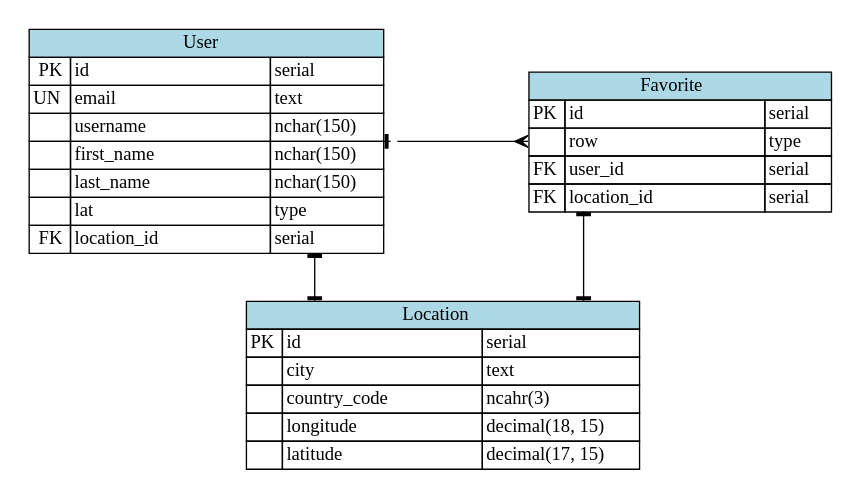
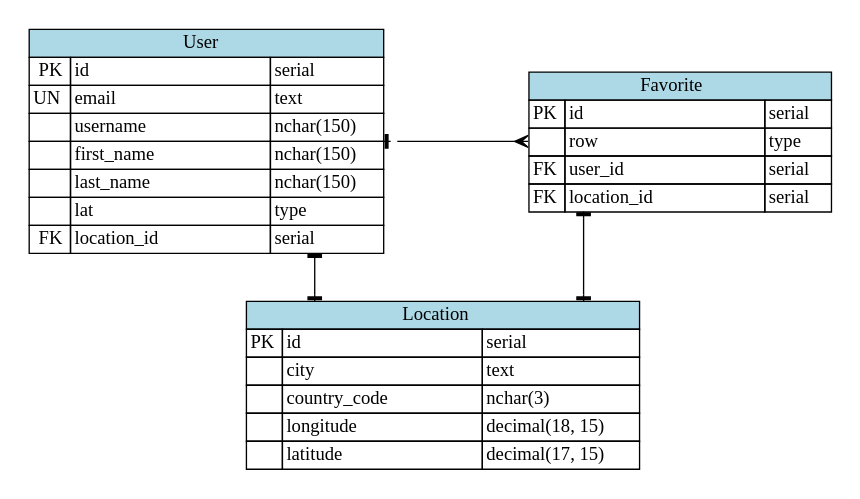
One commit to betterstack-community/horus changed the diagram in res/er.dot. Above: the diagram before and after it, drawn with Graphviz. The commit also changed 2 other files, not shown here.

Commit message:
Fix spelling error of nchar in ERD

```diff
--- a/res/er.dot
+++ b/res/er.dot
@@ -1,45 +1,45 @@
 digraph {
   graph [pad="0.2", nodesep="1.5", splines=ortho]
   node [shape=plain]
 
   User [label=<
   <table border="0" cellborder="1" cellspacing="0">
     <tr><td bgcolor="lightblue" colspan="3">User</td></tr>
     <tr><td align="right">PK</td><td align="left" width="150px">id</td><td align="left" width="50px">serial</td></tr>
     <tr><td align="right">UN</td><td align="left" width="150px">email</td><td align="left" width="50px">text</td></tr>
     <tr><td align="right"></td><td align="left" width="150px">username</td><td align="left" width="50px">nchar(150)</td></tr>
     <tr><td align="right"></td><td align="left" width="150px">first_name</td><td align="left" width="50px">nchar(150)</td></tr>
     <tr><td align="right"></td><td align="left" width="150px">last_name</td><td align="left" width="50px">nchar(150)</td></tr>
     <tr><td align="right"></td><td align="left" width="150px">lat</td><td align="left" width="50px">type</td></tr>
     <tr><td align="right">FK</td><td align="left" width="150px">location_id</td><td align="left" width="50px">serial</td></tr>
   </table>
   >]
 
   Favorite [label=<
   <table border="0" cellborder="1" cellspacing="0">
     <tr><td bgcolor="lightblue" colspan="3">Favorite</td></tr>
     <tr><td align="right">PK</td><td align="left" width="150px">id</td><td align="left" width="50px">serial</td></tr>
     <tr><td align="right"></td><td align="left" width="150px">row</td><td align="left" width="50px">type</td></tr>
     <tr><td align="right">FK</td><td align="left" width="150px">user_id</td><td align="left" width="50px">serial</td></tr>
     <tr><td align="right">FK</td><td align="left" width="150px">location_id</td><td align="left" width="50px">serial</td></tr>
   </table>
   >]
 
   Location [label=<
   <table border="0" cellborder="1" cellspacing="0">
     <tr><td bgcolor="lightblue" colspan="3">Location</td></tr>
     <tr><td align="right">PK</td><td align="left" width="150px">id</td><td align="left" width="50px">serial</td></tr>
     <tr><td align="right"></td><td align="left" width="150px">city</td><td align="left" width="50px">text</td></tr>
-    <tr><td align="right"></td><td align="left" width="150px">country_code</td><td align="left" width="50px">ncahr(3)</td></tr>
+    <tr><td align="right"></td><td align="left" width="150px">country_code</td><td align="left" width="50px">nchar(3)</td></tr>
     <tr><td align="right"></td><td align="left" width="150px">longitude</td><td align="left" width="50px">decimal(18, 15)</td></tr>
     <tr><td align="right"></td><td align="left" width="150px">latitude</td><td align="left" width="50px">decimal(17, 15)</td></tr>
   </table>
   >]
 
   {rank = same; User; Favorite;}
 
 
   User -> Favorite [arrowhead=tee, arrowtail=crow, dir=both];
   User -> Location [arrowhead=tee, arrowtail=tee, dir=both];
   Location -> Favorite [arrowhead=tee, arrowtail=tee, dir=both];
 }
```
